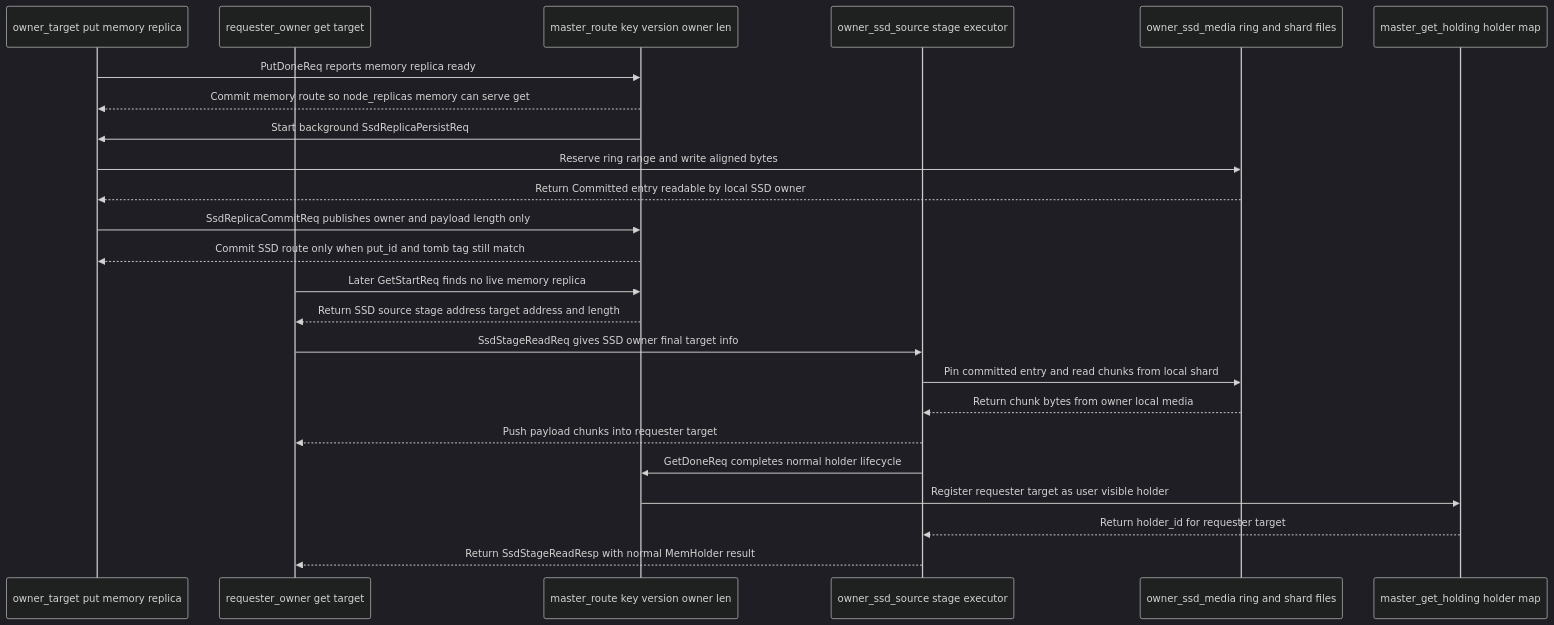
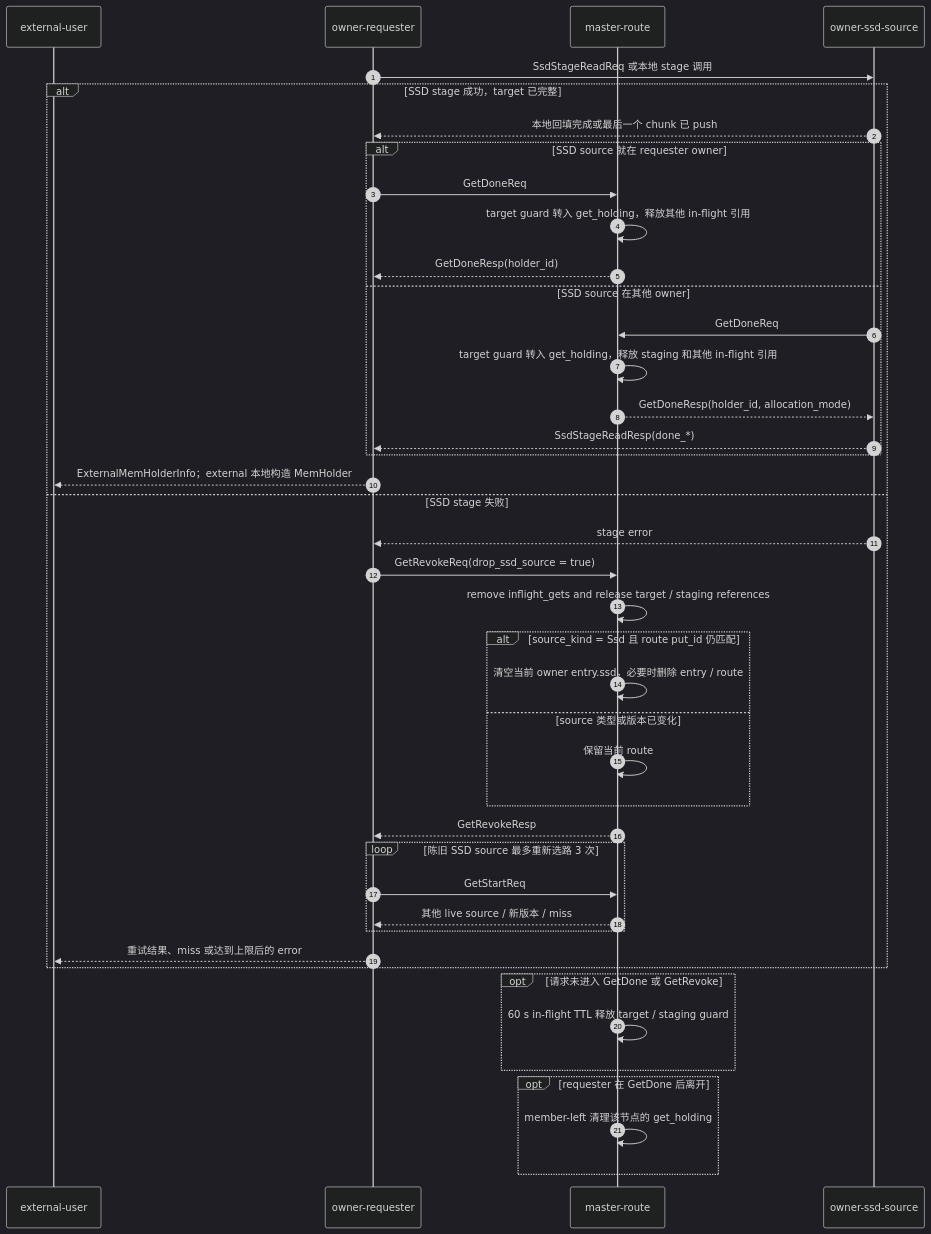
Before and after one commit to Tele-AI/Fluxon: the seventh of 8 diagrams in fluxon_doc_cn/design/kv_5_SSD存储设计.md, drawn with Mermaid (dark theme). The commit also changed other lines of this file and 8 other files, not shown here.

````diff
--- a/fluxon_doc_cn/design/kv_5_SSD存储设计.md
+++ b/fluxon_doc_cn/design/kv_5_SSD存储设计.md
@@ -669,26 +979,46 @@
 ```mermaid
 sequenceDiagram
-    participant owner_target as owner_target put memory replica
-    participant requester_owner as requester_owner get target
-    participant master_route as master_route key version owner len
-    participant owner_ssd_source as owner_ssd_source stage executor
-    participant owner_ssd_media as owner_ssd_media ring and shard files
-    participant master_get_holding as master_get_holding holder map
-    owner_target->>master_route: PutDoneReq reports memory replica ready
-    master_route-->>owner_target: Commit memory route so node_replicas memory can serve get
-    master_route->>owner_target: Start background SsdReplicaPersistReq
-    owner_target->>owner_ssd_media: Reserve ring range and write aligned bytes
-    owner_ssd_media-->>owner_target: Return Committed entry readable by local SSD owner
-    owner_target->>master_route: SsdReplicaCommitReq publishes owner and payload length only
-    master_route-->>owner_target: Commit SSD route only when put_id and tomb tag still match
-    requester_owner->>master_route: Later GetStartReq finds no live memory replica
-    master_route-->>requester_owner: Return SSD source stage address target address and length
-    requester_owner->>owner_ssd_source: SsdStageReadReq gives SSD owner final target info
-    owner_ssd_source->>owner_ssd_media: Pin committed entry and read chunks from local shard
-    owner_ssd_media-->>owner_ssd_source: Return chunk bytes from owner local media
-    owner_ssd_source-->>requester_owner: Push payload chunks into requester target
-    owner_ssd_source->>master_route: GetDoneReq completes normal holder lifecycle
-    master_route->>master_get_holding: Register requester target as user visible holder
-    master_get_holding-->>owner_ssd_source: Return holder_id for requester target
-    owner_ssd_source-->>requester_owner: Return SsdStageReadResp with normal MemHolder result
+    autonumber
+    participant external_user as external-user
+    participant owner_requester as owner-requester
+    participant master_route as master-route
+    participant owner_ssd as owner-ssd-source
+
+    owner_requester->>owner_ssd: SsdStageReadReq 或本地 stage 调用
+    alt SSD stage 成功，target 已完整
+        owner_ssd-->>owner_requester: 本地回填完成或最后一个 chunk 已 push
+        alt SSD source 就在 requester owner
+            owner_requester->>master_route: GetDoneReq
+            master_route->>master_route: target guard 转入 get_holding，释放其他 in-flight 引用
+            master_route-->>owner_requester: GetDoneResp(holder_id)
+        else SSD source 在其他 owner
+            owner_ssd->>master_route: GetDoneReq
+            master_route->>master_route: target guard 转入 get_holding，释放 staging 和其他 in-flight 引用
+            master_route-->>owner_ssd: GetDoneResp(holder_id, allocation_mode)
+            owner_ssd-->>owner_requester: SsdStageReadResp(done_*)
+        end
+        owner_requester-->>external_user: ExternalMemHolderInfo；external 本地构造 MemHolder
+    else SSD stage 失败
+        owner_ssd-->>owner_requester: stage error
+        owner_requester->>master_route: GetRevokeReq(drop_ssd_source = true)
+        master_route->>master_route: remove inflight_gets and release target / staging references
+        alt source_kind = Ssd 且 route put_id 仍匹配
+            master_route->>master_route: 清空当前 owner entry.ssd，必要时删除 entry / route
+        else source 类型或版本已变化
+            master_route->>master_route: 保留当前 route
+        end
+        master_route-->>owner_requester: GetRevokeResp
+        loop 陈旧 SSD source 最多重新选路 3 次
+            owner_requester->>master_route: GetStartReq
+            master_route-->>owner_requester: 其他 live source / 新版本 / miss
+        end
+        owner_requester-->>external_user: 重试结果、miss 或达到上限后的 error
+    end
+
+    opt 请求未进入 GetDone 或 GetRevoke
+        master_route->>master_route: 60 s in-flight TTL 释放 target / staging guard
+    end
+    opt requester 在 GetDone 后离开
+        master_route->>master_route: member-left 清理该节点的 get_holding
+    end
 ```
````
